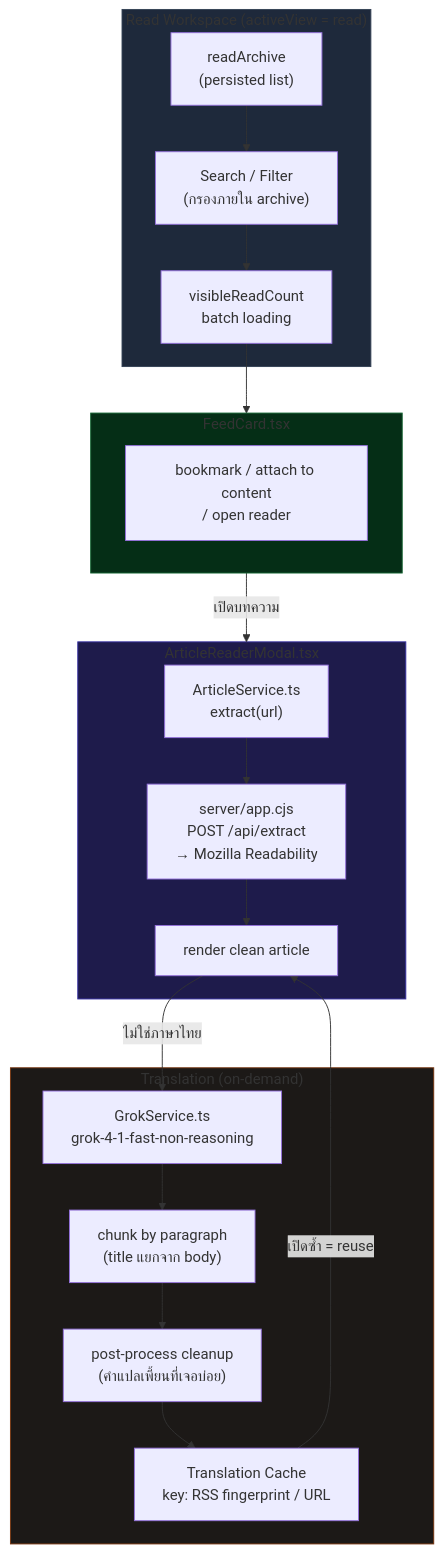
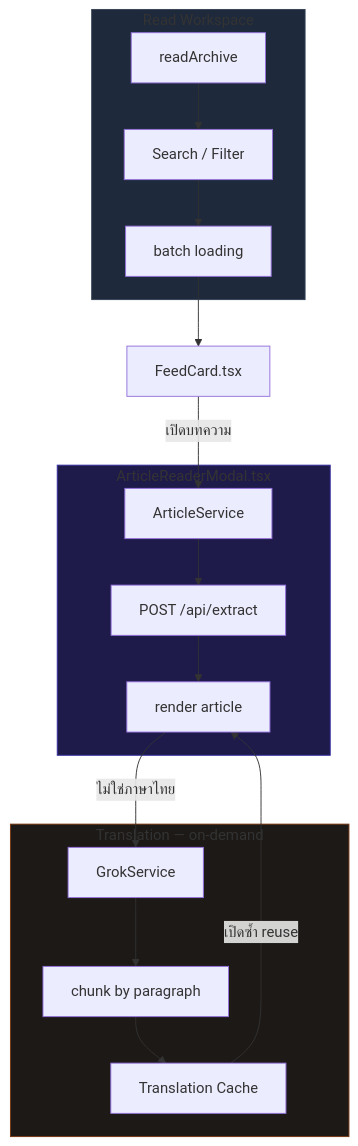
The diagram in docs/features/read-workspace.md (thefogusz/test), drawn with Mermaid before and after one commit. The commit also changed other lines of this file and 10 other files, not shown here.

First line of the commit message:
Translate all English docs to Thai + fix diagram readability

````diff
--- a/docs/features/read-workspace.md
+++ b/docs/features/read-workspace.md
@@ -9,41 +9,31 @@
 ```mermaid
 flowchart TD
-    subgraph Entry["Read Workspace (activeView = read)"]
-        ARCHIVE["readArchive\n(persisted list)"]
-        SEARCH_IN["Search / Filter\n(กรองภายใน archive)"]
-        VISIBLE["visibleReadCount\nbatch loading"]
+    subgraph Entry["Read Workspace"]
+        ARCHIVE[readArchive]
+        FILTER[Search / Filter]
+        VISIBLE[batch loading]
     end
 
-    subgraph Card["FeedCard.tsx"]
-        ACTIONS["bookmark / attach to content\n/ open reader"]
+    CARD[FeedCard.tsx]
+
+    subgraph Reader["ArticleReaderModal.tsx"]
+        EXTRACT[ArticleService]
+        SERVER[POST /api/extract]
+        RENDER[render article]
     end
 
-    subgraph Reader["ArticleReaderModal.tsx"]
-        EXTRACT["ArticleService.ts\nextract(url)"]
-        SERVER["server/app.cjs\nPOST /api/extract\n→ Mozilla Readability"]
-        RENDER["render clean article"]
+    subgraph Trans["Translation — on-demand"]
+        GROK[GrokService]
+        CHUNK[chunk by paragraph]
+        CACHE[Translation Cache]
     end
 
-    subgraph Translation["Translation (on-demand)"]
-        TRANSLATE["GrokService.ts\ngrok-4-1-fast-non-reasoning"]
-        CHUNK["chunk by paragraph\n(title แยกจาก body)"]
-        CLEANUP["post-process cleanup\n(คำแปลเพี้ยนที่เจอบ่อย)"]
-        CACHE["Translation Cache\nkey: RSS fingerprint / URL"]
-    end
-
-    ARCHIVE --> SEARCH_IN
-    SEARCH_IN --> VISIBLE
-    VISIBLE --> Card
-    Card -- "เปิดบทความ" --> Reader
-    EXTRACT --> SERVER
-    SERVER --> RENDER
-    RENDER -- "ไม่ใช่ภาษาไทย" --> TRANSLATE
-    TRANSLATE --> CHUNK --> CLEANUP
-    CLEANUP --> CACHE
-    CACHE -- "เปิดซ้ำ = reuse" --> RENDER
+    ARCHIVE --> FILTER --> VISIBLE --> CARD
+    CARD -- เปิดบทความ --> EXTRACT --> SERVER --> RENDER
+    RENDER -- ไม่ใช่ภาษาไทย --> GROK --> CHUNK --> CACHE
+    CACHE -- เปิดซ้ำ reuse --> RENDER
 
     style Entry fill:#1e293b,stroke:#334155
-    style Card fill:#052e16,stroke:#166534
     style Reader fill:#1e1b4b,stroke:#3730a3
-    style Translation fill:#1c1917,stroke:#78350f
+    style Trans fill:#1c1917,stroke:#78350f
 ```
````
